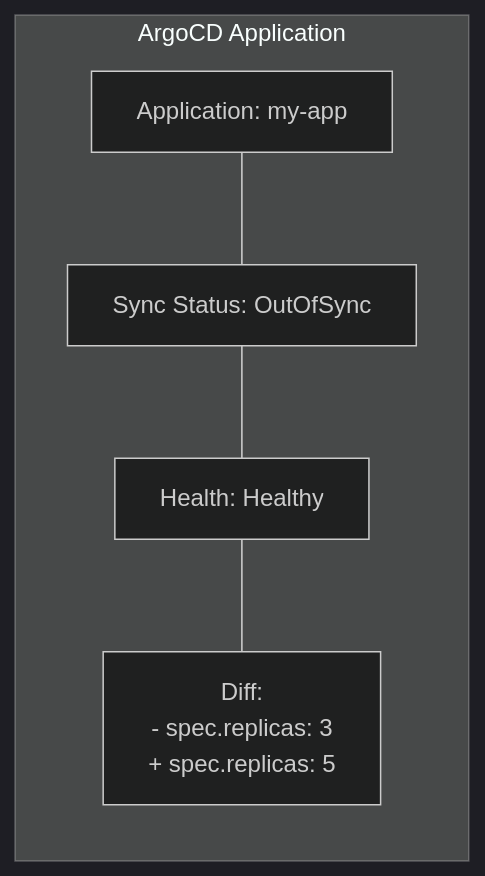
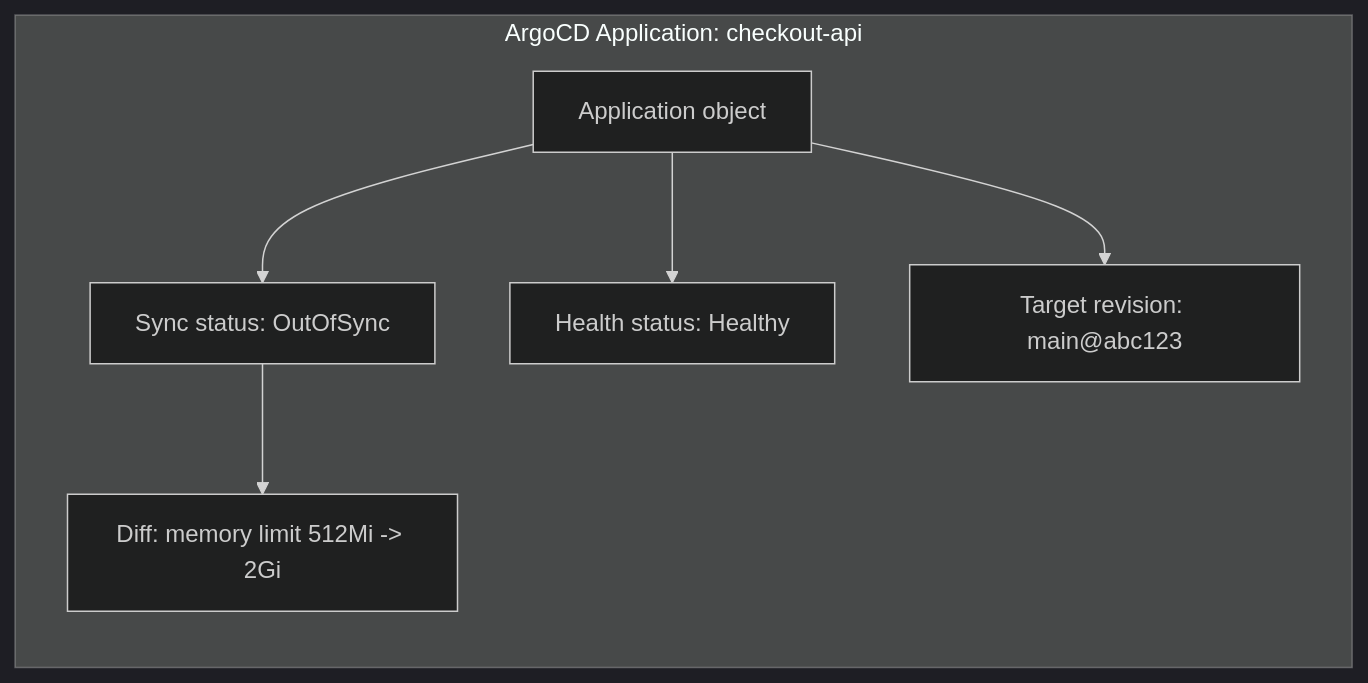
One commit to krisztiankoos/kubedojo changed the fourth of 5 diagrams in src/content/docs/platform/disciplines/delivery-automation/gitops/module-3.4-drift-detection.md. Above: the diagram before and after it, drawn with Mermaid (dark theme). The commit also changed other lines of this file, not shown here.

````diff
--- a/src/content/docs/platform/disciplines/delivery-automation/gitops/module-3.4-drift-detection.md
+++ b/src/content/docs/platform/disciplines/delivery-automation/gitops/module-3.4-drift-detection.md
@@ -189,13 +323,15 @@
 ```mermaid
 graph TD
-    subgraph ArgoCD["ArgoCD Application"]
+    subgraph ArgoCD["ArgoCD Application: checkout-api"]
         direction TB
-        App["Application: my-app"]
-        Status["Sync Status: OutOfSync"]
-        Health["Health: Healthy"]
-        Diff["Diff:<br>- spec.replicas: 3<br>+ spec.replicas: 5"]
-        App --- Status
-        Status --- Health
-        Health --- Diff
+        App["Application object"]
+        Sync["Sync status: OutOfSync"]
+        Health["Health status: Healthy"]
+        Revision["Target revision: main@abc123"]
+        Diff["Diff: memory limit 512Mi -> 2Gi"]
+        App --> Sync
+        App --> Health
+        App --> Revision
+        Sync --> Diff
     end
 ```
````
